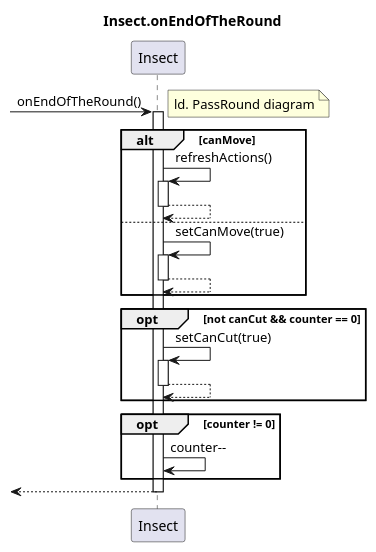
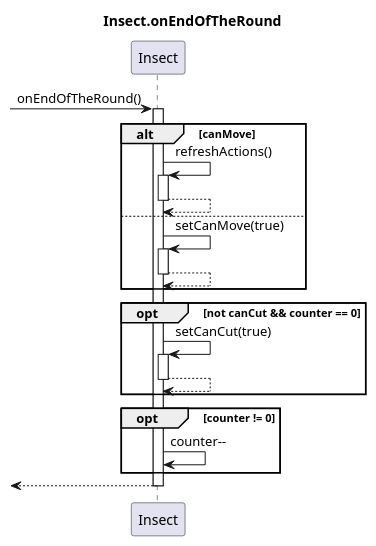
One commit to dzsem/projlab changed the diagram in diagrams/sequence/insect/onEndOfTheRound.plantuml. Above: the diagram before and after it, drawn with PlantUML.

Commit message:
Remove PassRound note

```diff
--- a/diagrams/sequence/insect/onEndOfTheRound.plantuml
+++ b/diagrams/sequence/insect/onEndOfTheRound.plantuml
@@ -1,40 +1,39 @@
 @startuml Insect.onEndOfTheRound
 
 title Insect.onEndOfTheRound
 
 participant "Insect" as i
 
 -> i: onEndOfTheRound()
-note right: ld. PassRound diagram
 activate i
 
 alt canMove
 	i -> i: refreshActions()
 	activate i
 
 	i --> i
 	deactivate i
 else
 	i -> i: setCanMove(true)
 	activate i
 
 	i --> i
 	deactivate i
 end
 
 opt not canCut && counter == 0
 	i -> i: setCanCut(true)
 	activate i
 
 	i --> i
 	deactivate i
 end
 
 opt counter != 0
 	i -> i: counter--
 end
 
 <-- i
 deactivate i
 
 @enduml
```
